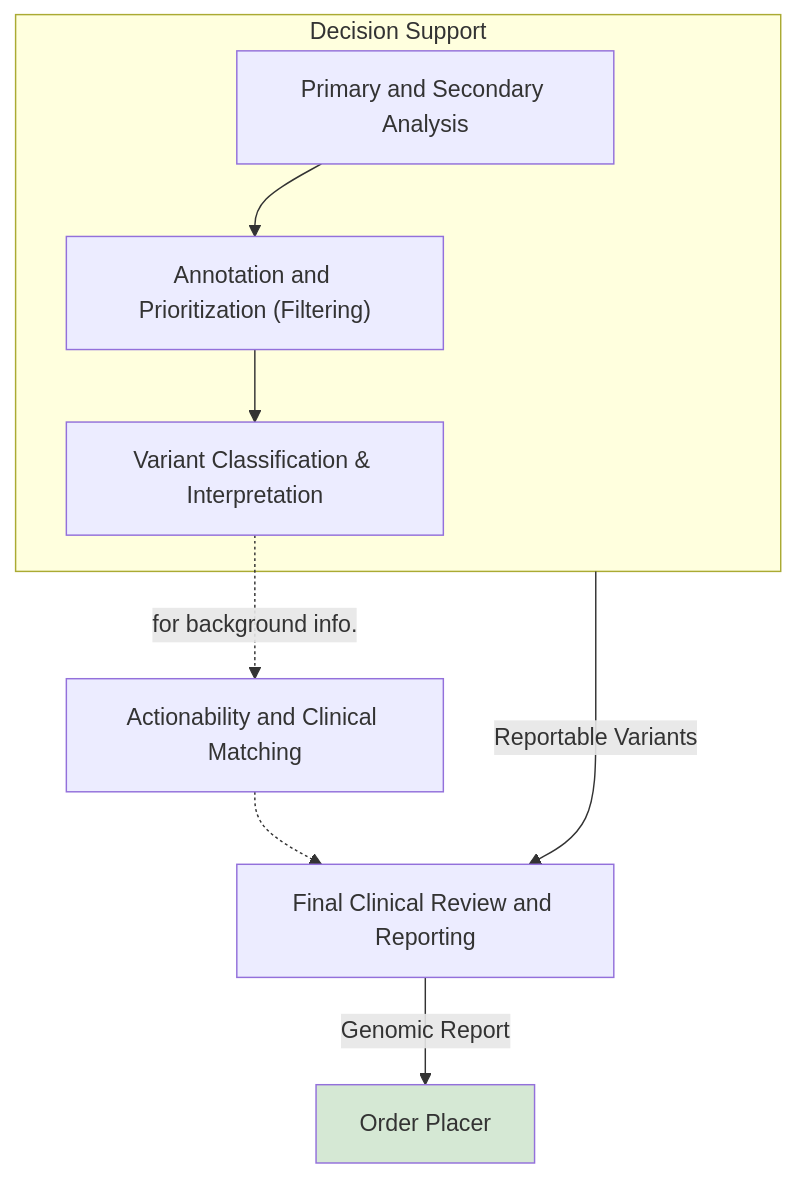
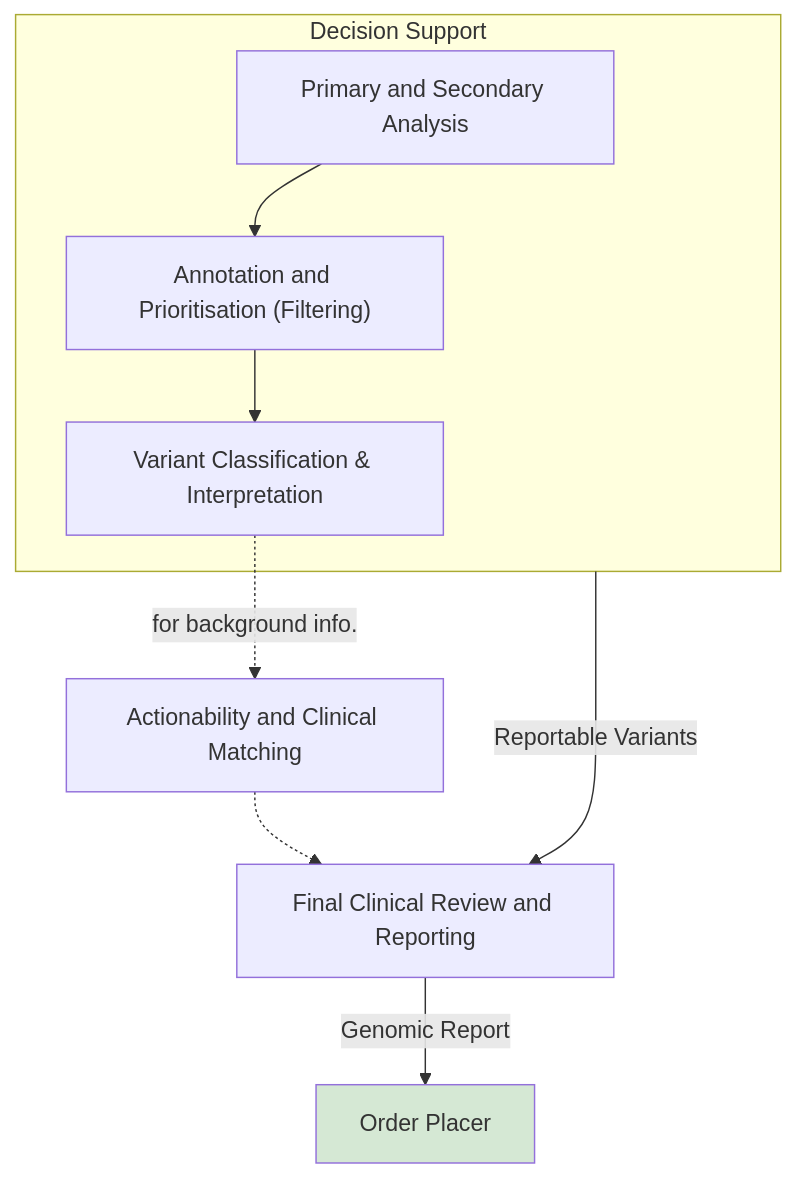
The diagram in input/pagecontent/reportable-variants.md (nw-gmsa/nw-gmsa.github.com), drawn with Mermaid before and after one commit. The commit also changed other lines of this file, not shown here.

````diff
--- a/input/pagecontent/reportable-variants.md
+++ b/input/pagecontent/reportable-variants.md
@@ -7,23 +11,23 @@
 ```mermaid
 graph
 
 subgraph CDS[Decision Support]
 analysis[Primary and Secondary Analysis]
-filtering["Annotation and Prioritization (Filtering)"]
+filtering["Annotation and Prioritisation (Filtering)"]
 classification[Variant Classification & Interpretation]
 end
 
 action[Actionability and Clinical Matching]
 report[Final Clinical Review and Reporting]
 placer[Order Placer]
 
 analysis --> filtering
 filtering --> classification
 classification -.-> |for background info.| action
 CDS --> |Reportable Variants| report
 action -.->  report
 report --> |Genomic Report| placer  
 
   classDef green fill:#D5E8D4;
   class placer green
 ```
````
